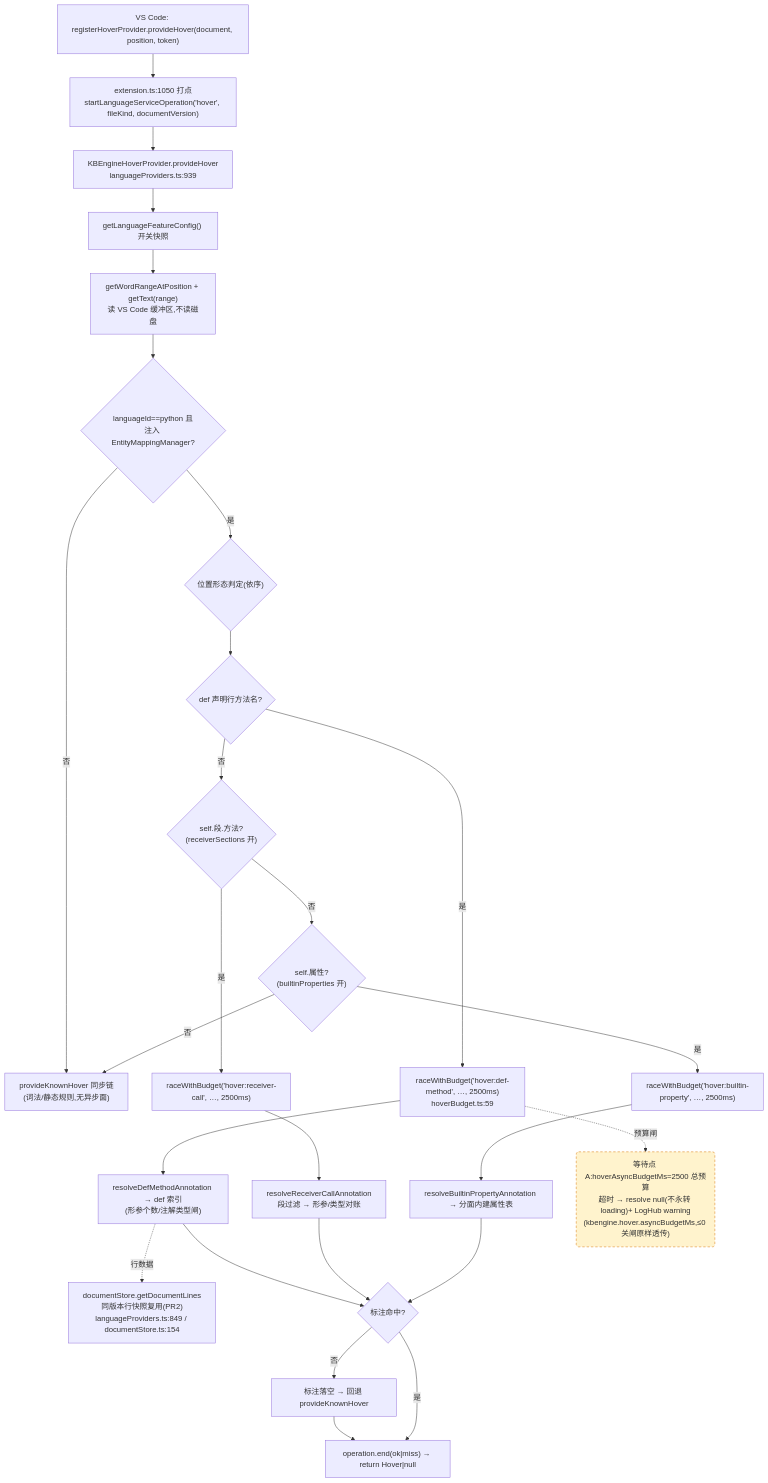
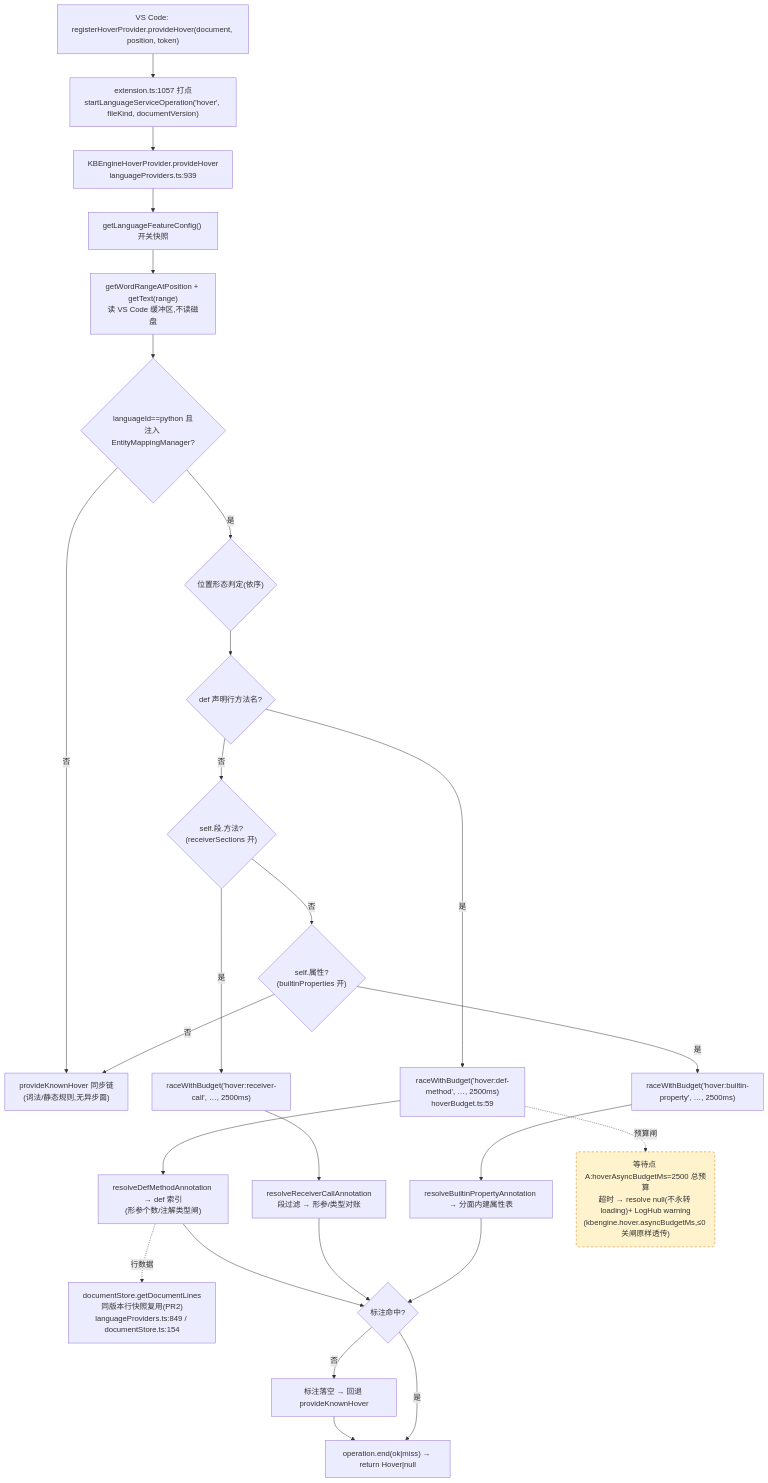
The first of 4 diagrams in docs/perf/2026-baseline.md (cuihairu/kode), drawn with Mermaid before and after one commit. The commit also changed other lines of this file and 4 other files, not shown here.

````diff
--- a/docs/perf/2026-baseline.md
+++ b/docs/perf/2026-baseline.md
@@ -82,45 +82,45 @@
 ```mermaid
 flowchart TD
   VC1["VS Code: registerHoverProvider.provideHover(document, position, token)"]
-  M1["extension.ts:1050 打点<br/>startLanguageServiceOperation('hover', fileKind, documentVersion)"]
+  M1["extension.ts:1057 打点<br/>startLanguageServiceOperation('hover', fileKind, documentVersion)"]
   HP["KBEngineHoverProvider.provideHover<br/>languageProviders.ts:939"]
   CFG["getLanguageFeatureConfig() 开关快照"]
   WORD["getWordRangeAtPosition + getText(range)<br/>读 VS Code 缓冲区,不读磁盘"]
   BR{"languageId==python 且<br/>注入 EntityMappingManager?"}
   KN["provideKnownHover 同步链<br/>(词法/静态规则,无异步面)"]
   POS{"位置形态判定(依序)"}
   D1{"def 声明行方法名?"}
   D2{"self.段.方法?<br/>(receiverSections 开)"}
   D3{"self.属性?<br/>(builtinProperties 开)"}
   RA1["raceWithBudget('hover:def-method', …, 2500ms)<br/>hoverBudget.ts:59"]
   RA2["raceWithBudget('hover:receiver-call', …, 2500ms)"]
   RA3["raceWithBudget('hover:builtin-property', …, 2500ms)"]
   RS1["resolveDefMethodAnnotation → def 索引<br/>(形参个数/注解类型闸)"]
   RS2["resolveReceiverCallAnnotation<br/>段过滤 → 形参/类型对账"]
   RS3["resolveBuiltinPropertyAnnotation → 分面内建属性表"]
   LINES["documentStore.getDocumentLines<br/>同版本行快照复用(PR2)<br/>languageProviders.ts:849 / documentStore.ts:154"]
   MISS["标注落空 → 回退 provideKnownHover"]
   END1["operation.end(ok|miss) → return Hover|null"]
 
   VC1 --> M1 --> HP --> CFG --> WORD --> BR
   BR -- "否" --> KN
   BR -- "是" --> POS --> D1
   D1 -- "是" --> RA1 --> RS1
   D1 -- "否" --> D2
   D2 -- "是" --> RA2 --> RS2
   D2 -- "否" --> D3
   D3 -- "是" --> RA3 --> RS3
   D3 -- "否" --> KN
   RS1 --> HIT{"标注命中?"}
   RS2 --> HIT
   RS3 --> HIT
   RS1 -.->|行数据| LINES
   HIT -- "否" --> MISS --> END1
   HIT -- "是" --> END1
 
   WAITA("等待点 A:hoverAsyncBudgetMs=2500 总预算<br/>超时 → resolve null(不永转 loading)+ LogHub warning<br/>(kbengine.hover.asyncBudgetMs,≤0 关闸原样透传)")
   RA1 -.->|预算闸| WAITA
 
   classDef waitPoint fill:#fff3cd,stroke:#d97706,stroke-dasharray:5 4;
   class WAITA waitPoint;
 ```
````
